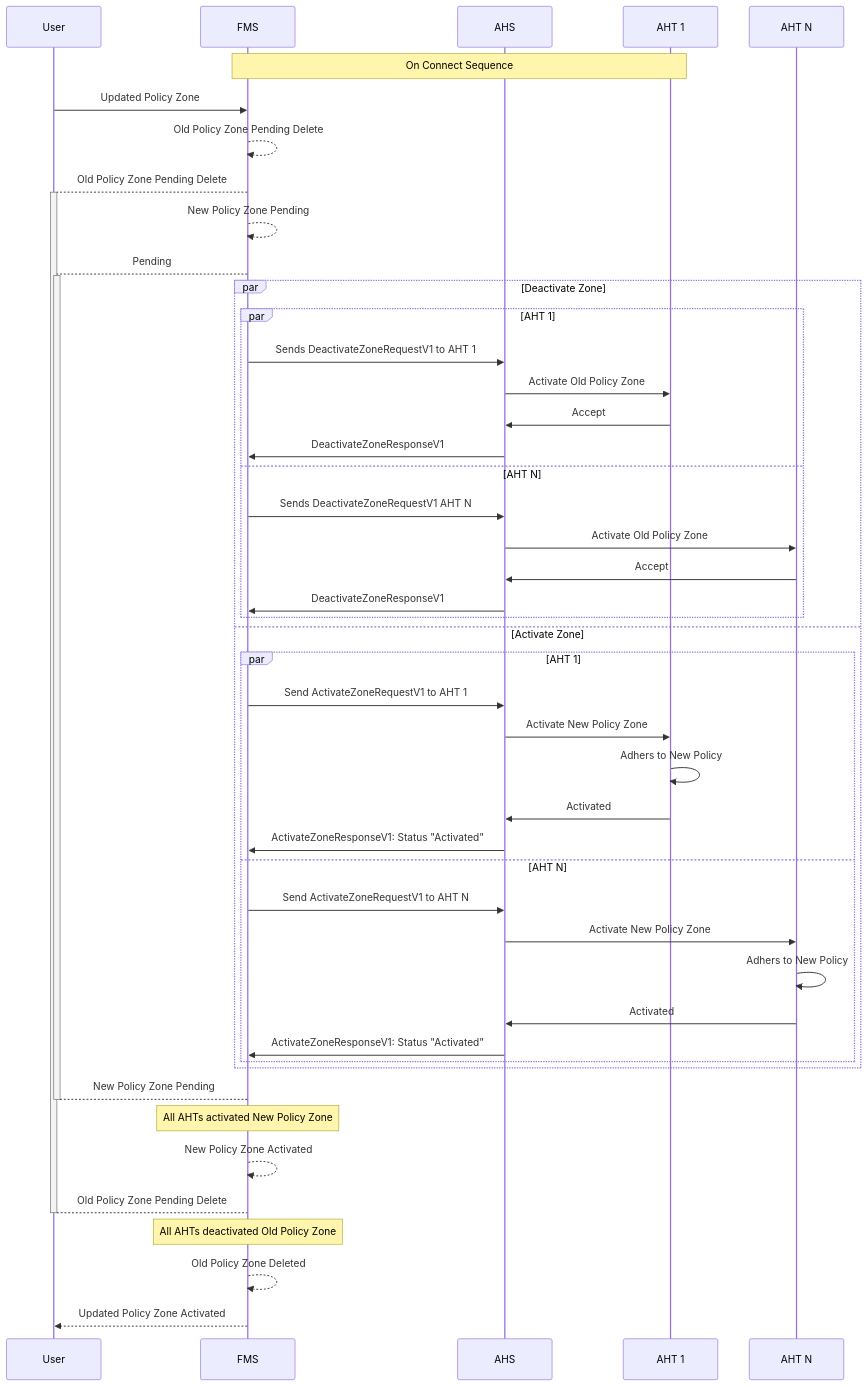
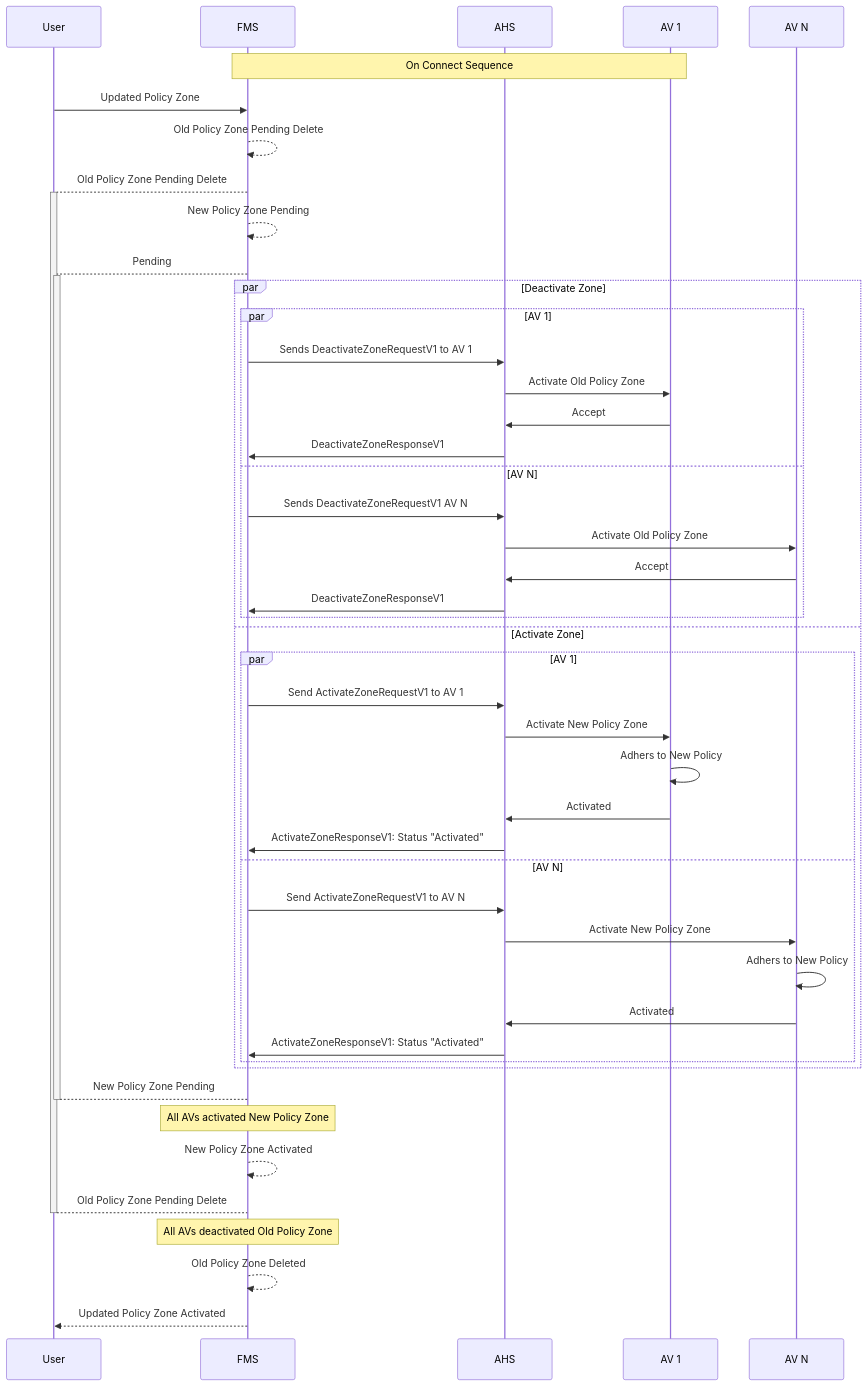
Before and after one commit to open-autonomy/zone: the diagram in diagram/PolicyZoneUpdated.md, drawn with Mermaid. The commit also changed other lines of this file and 15 other files, not shown here.

````diff
--- a/diagram/PolicyZoneUpdated.md
+++ b/diagram/PolicyZoneUpdated.md
@@ -6,54 +6,54 @@
 ```mermaid
 sequenceDiagram
     participant User
     participant FMS
     participant AHS
-    participant AHT 1
-    participant AHT N
+    participant AV 1
+    participant AV N
 
-    Note over FMS,AHT 1: On Connect Sequence
+    Note over FMS,AV 1: On Connect Sequence
     User->>FMS: Updated Policy Zone
     FMS-->>FMS: Old Policy Zone Pending Delete
     FMS-->+User: Old Policy Zone Pending Delete
     FMS-->>FMS: New Policy Zone Pending
     FMS-->+User: Pending
 
     par Deactivate Zone
-        par AHT 1
-            FMS->>AHS: Sends DeactivateZoneRequestV1 to AHT 1
-            AHS->>AHT 1: Activate Old Policy Zone
-            AHT 1->>AHS: Accept
+        par AV 1
+            FMS->>AHS: Sends DeactivateZoneRequestV1 to AV 1
+            AHS->>AV 1: Activate Old Policy Zone
+            AV 1->>AHS: Accept
             AHS->>FMS: DeactivateZoneResponseV1
-        and AHT N
-            FMS->>AHS: Sends DeactivateZoneRequestV1 AHT N
-            AHS->>AHT N: Activate Old Policy Zone
-            AHT N->>AHS: Accept
+        and AV N
+            FMS->>AHS: Sends DeactivateZoneRequestV1 AV N
+            AHS->>AV N: Activate Old Policy Zone
+            AV N->>AHS: Accept
             AHS->>FMS: DeactivateZoneResponseV1
         end
 
     and Activate Zone
-        par AHT 1
-            FMS->>AHS: Send ActivateZoneRequestV1 to AHT 1
-            AHS->>AHT 1: Activate New Policy Zone
-            AHT 1->>AHT 1: Adhers to New Policy
-            AHT 1->>AHS: Activated
+        par AV 1
+            FMS->>AHS: Send ActivateZoneRequestV1 to AV 1
+            AHS->>AV 1: Activate New Policy Zone
+            AV 1->>AV 1: Adhers to New Policy
+            AV 1->>AHS: Activated
             AHS->>FMS: ActivateZoneResponseV1: Status "Activated"
-        and AHT N
-            FMS->>AHS: Send ActivateZoneRequestV1 to AHT N
-            AHS->>AHT N: Activate New Policy Zone
-            AHT N->>AHT N: Adhers to New Policy
-            AHT N->>AHS: Activated
+        and AV N
+            FMS->>AHS: Send ActivateZoneRequestV1 to AV N
+            AHS->>AV N: Activate New Policy Zone
+            AV N->>AV N: Adhers to New Policy
+            AV N->>AHS: Activated
             AHS->>FMS: ActivateZoneResponseV1: Status "Activated"
         end
     end
     
     User-->-FMS: New Policy Zone Pending
-    Note Over FMS: All AHTs activated New Policy Zone
+    Note Over FMS: All AVs activated New Policy Zone
     FMS-->>FMS: New Policy Zone Activated
 
     User-->-FMS: Old Policy Zone Pending Delete
-    Note Over FMS: All AHTs deactivated Old Policy Zone
+    Note Over FMS: All AVs deactivated Old Policy Zone
     FMS-->>FMS: Old Policy Zone Deleted
 
     FMS-->>User: Updated Policy Zone Activated
 ```
````
